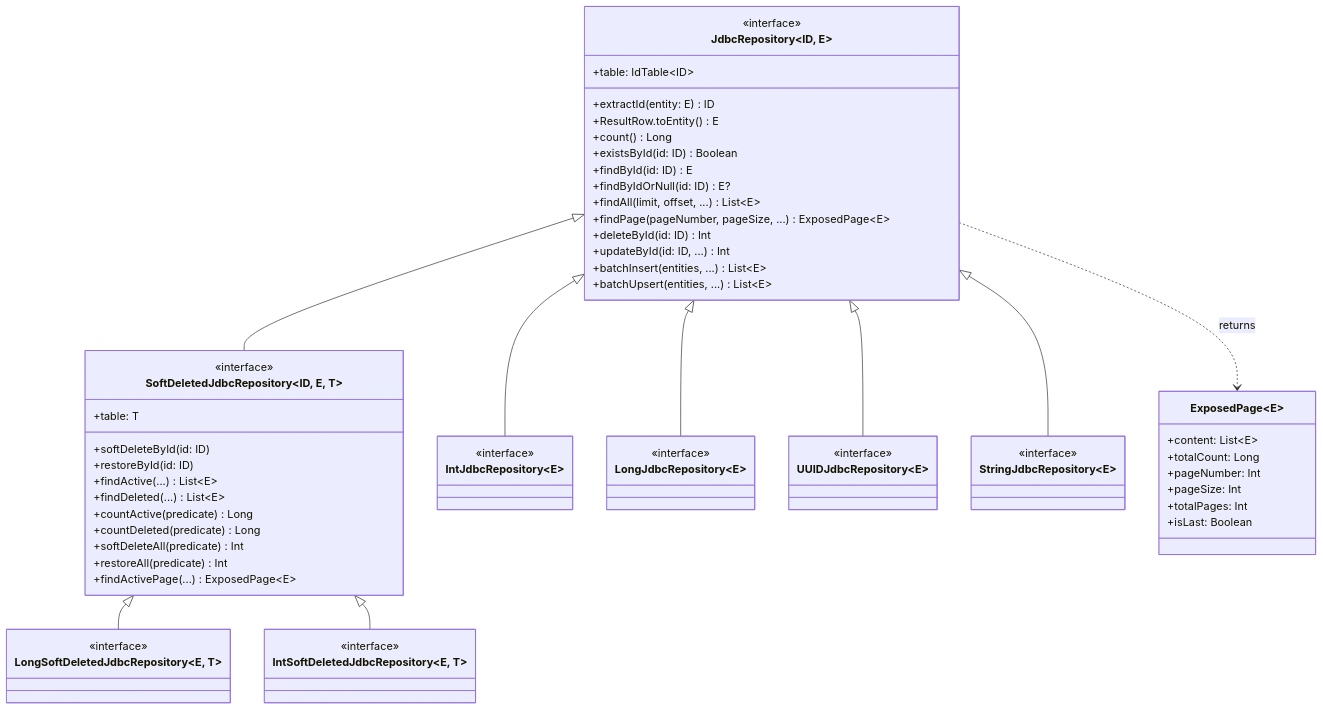
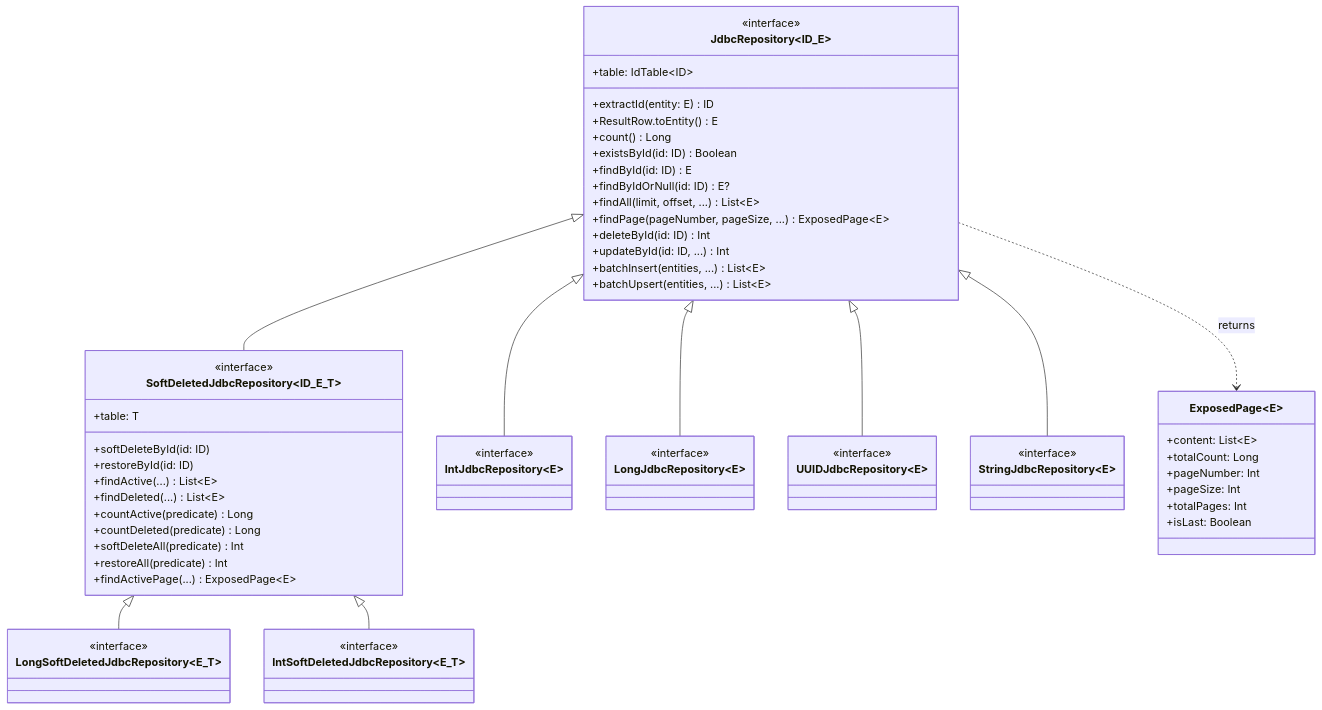
The third of 6 diagrams in data/exposed-jdbc/README.md (bluetape4k/bluetape4k-projects), drawn with Mermaid before and after one commit. The commit also changed other lines of this file and 95 other files, not shown here.

First line of the commit message:
docs: Mermaid 파서 오류 전체 수정 (IntelliJ IDEA 호환)

````diff
--- a/data/exposed-jdbc/README.md
+++ b/data/exposed-jdbc/README.md
@@ -452,77 +446,77 @@
 ```mermaid
 classDiagram
     direction TB
 
-    class JdbcRepository~ID, E~ {
+    class JdbcRepository~ID_E~ {
 <<interface>>
 +table: IdTable~ID~
 +extractId(entity: E) ID
 +ResultRow.toEntity() E
 +count() Long
 +existsById(id: ID) Boolean
 +findById(id: ID) E
 +findByIdOrNull(id: ID) E?
 +findAll(limit, offset, ...) List~E~
 +findPage(pageNumber, pageSize, ...) ExposedPage~E~
 +deleteById(id: ID) Int
 +updateById(id: ID, ...) Int
 +batchInsert(entities, ...) List~E~
 +batchUpsert(entities, ...) List~E~
 }
 
-class SoftDeletedJdbcRepository~ID, E, T~ {
+class SoftDeletedJdbcRepository~ID_E_T~ {
 <<interface>>
 +table: T
 +softDeleteById(id: ID)
 +restoreById(id: ID)
 +findActive(...) List~E~
 +findDeleted(...) List~E~
 +countActive(predicate) Long
 +countDeleted(predicate) Long
 +softDeleteAll(predicate) Int
 +restoreAll(predicate) Int
 +findActivePage(...) ExposedPage~E~
 }
 
 class IntJdbcRepository~E~ {
 <<interface>>
 }
 
 class LongJdbcRepository~E~ {
 <<interface>>
 }
 
 class UUIDJdbcRepository~E~ {
 <<interface>>
 }
 
 class StringJdbcRepository~E~ {
 <<interface>>
 }
 
-class LongSoftDeletedJdbcRepository~E, T~ {
+class LongSoftDeletedJdbcRepository~E_T~ {
 <<interface>>
 }
 
-class IntSoftDeletedJdbcRepository~E, T~ {
+class IntSoftDeletedJdbcRepository~E_T~ {
 <<interface>>
 }
 
 class ExposedPage~E~ {
 +content: List~E~
 +totalCount: Long
 +pageNumber: Int
 +pageSize: Int
 +totalPages: Int
 +isLast: Boolean
 }
 
 JdbcRepository <|-- SoftDeletedJdbcRepository
 JdbcRepository <|-- IntJdbcRepository
 JdbcRepository <|-- LongJdbcRepository
 JdbcRepository <|-- UUIDJdbcRepository
 JdbcRepository <|-- StringJdbcRepository
 SoftDeletedJdbcRepository <|-- LongSoftDeletedJdbcRepository
 SoftDeletedJdbcRepository <|-- IntSoftDeletedJdbcRepository
 JdbcRepository ..> ExposedPage: returns
 ```
````
